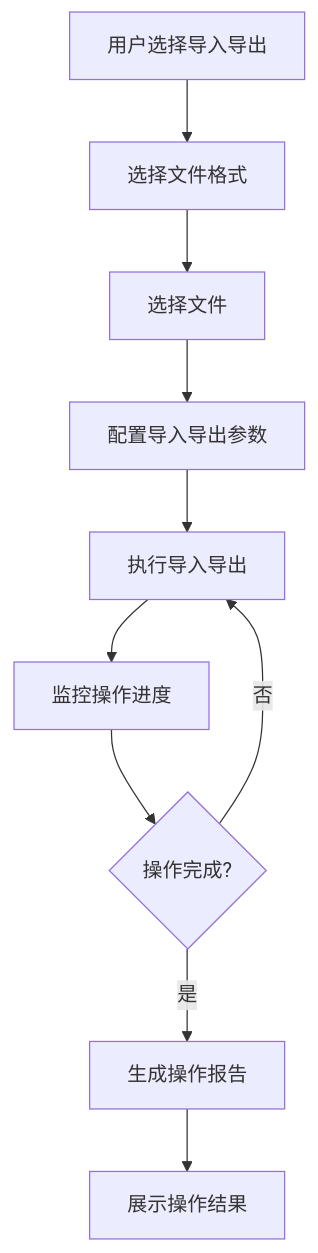
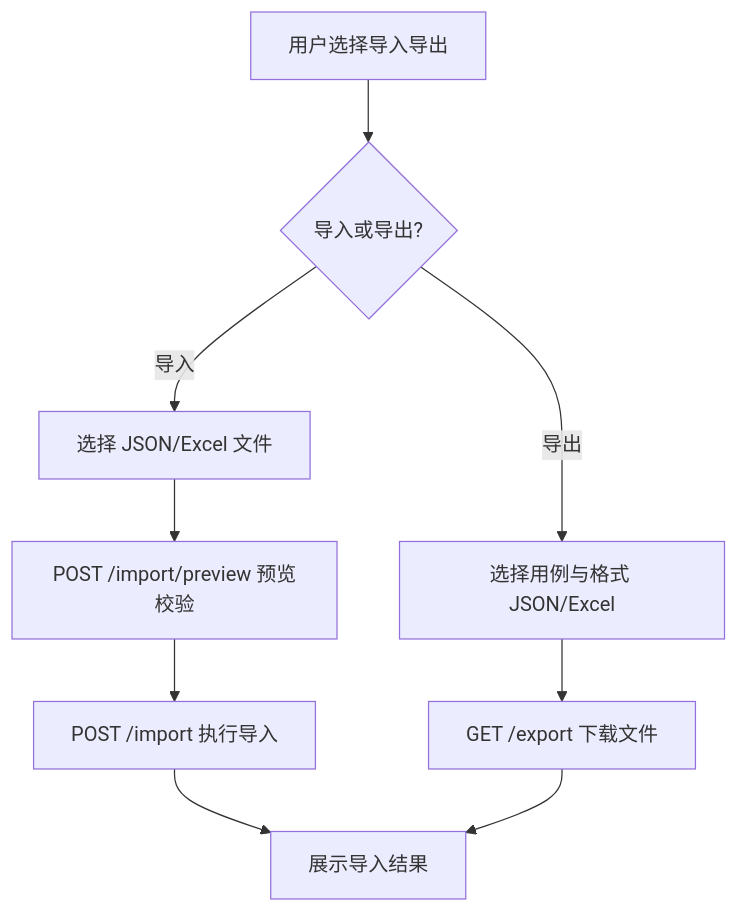
The third of 4 diagrams in Intelligent-Audio-TEST/doc/功能设计文档/07_用例管理/用例管理功能设计文档.md (ydz-auto/intelligent_audio_test), drawn with Mermaid before and after one commit. The commit also changed other lines of this file and 92 other files, not shown here.

````diff
--- a/Intelligent-Audio-TEST/doc/功能设计文档/07_用例管理/用例管理功能设计文档.md
+++ b/Intelligent-Audio-TEST/doc/功能设计文档/07_用例管理/用例管理功能设计文档.md
@@ -455,12 +321,11 @@
 ```mermaid
 flowchart TD
-    A[用户选择导入导出] --> B[选择文件格式]
-    B --> C[选择文件]
-    C --> D[配置导入导出参数]
-    D --> E[执行导入导出]
-    E --> F[监控操作进度]
-    F --> G{操作完成?}
-    G -->|否| E
-    G -->|是| H[生成操作报告]
-    H --> I[展示操作结果]
+    A[用户选择导入导出] --> B{导入或导出?}
+    B -->|导入| C[选择 JSON/Excel 文件]
+    C --> D[POST /import/preview 预览校验]
+    D --> E[POST /import 执行导入]
+    E --> I[展示导入结果]
+    B -->|导出| F[选择用例与格式 JSON/Excel]
+    F --> G[GET /export 下载文件]
+    G --> I
 ```
````
